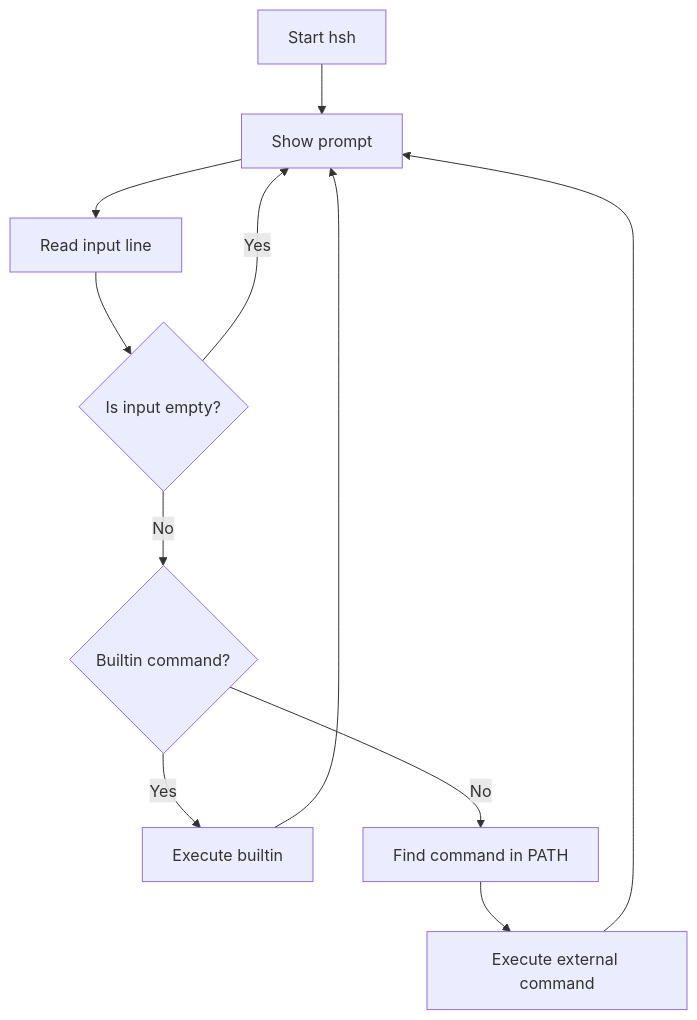
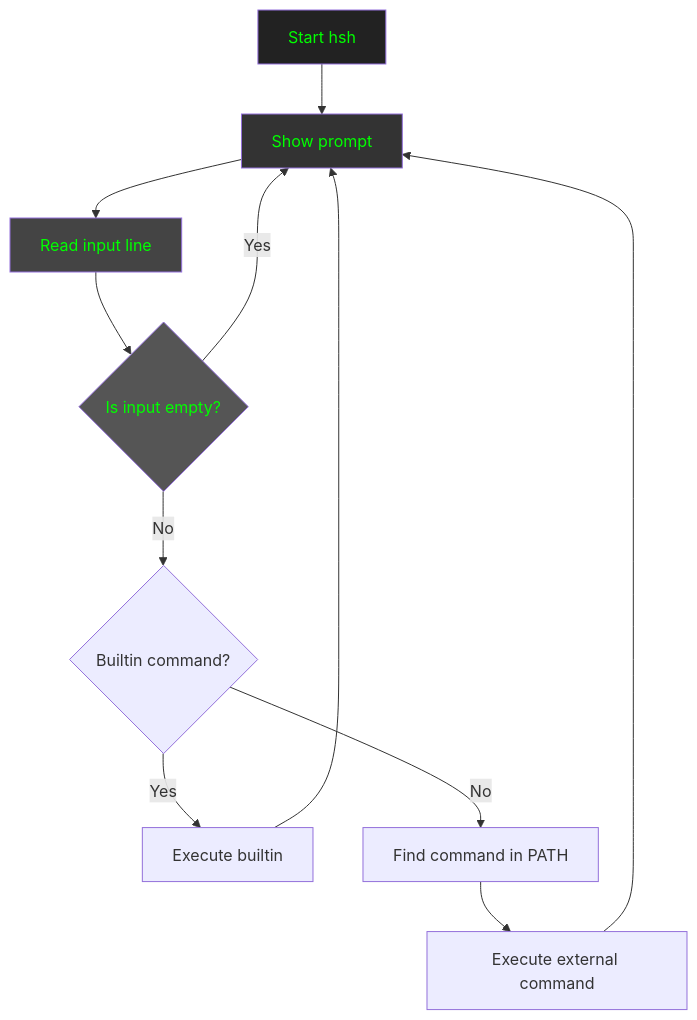
One commit to SelenaGomez18/holbertonschool-simple_shell changed the diagram in README.md. Above: the diagram before and after it, drawn with Mermaid.

Commit message:
Add cahnges to README

````diff
--- a/README.md
+++ b/README.md
@@ -123,15 +123,20 @@
 ```mermaid
 
 flowchart TD
 
     A[Start hsh] --> B[Show prompt]
     B --> C[Read input line]
     C --> D{Is input empty?}
     D -- Yes --> B
     D -- No --> E{Builtin command?}
     E -- Yes --> F[Execute builtin]
     E -- No --> G[Find command in PATH]
     G --> H[Execute external command]
     F --> B
     H --> B
+
+       style A fill:#222,color:#00ff00
+    style B fill:#333,color:#00ff00
+    style C fill:#444,color:#00ff00
+    style D fill:#555,color:#00ff00
 ```
````
